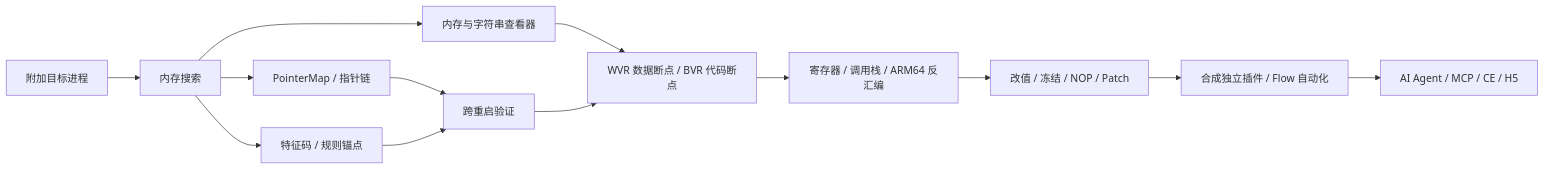
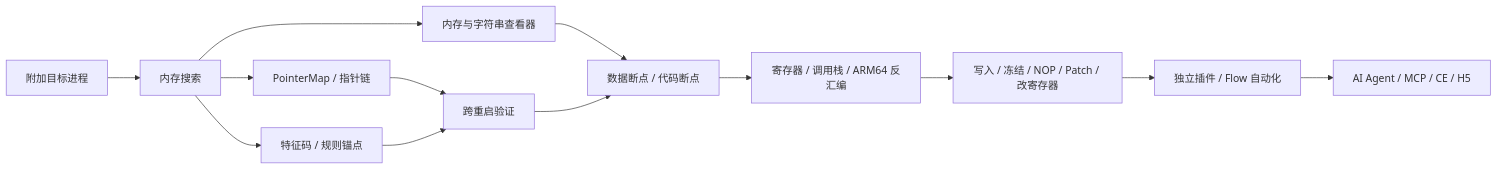
The diagram in README_CN.md (susu123oss/MemoryToolkit-Release), drawn with Mermaid before and after one commit. The commit also changed other lines of this file and 1 other file, not shown here.

````diff
--- a/README_CN.md
+++ b/README_CN.md
@@ -110,15 +160,15 @@
 ```mermaid
 flowchart LR
     A["附加目标进程"] --> B["内存搜索"]
     B --> C1["PointerMap / 指针链"]
     B --> C2["特征码 / 规则锚点"]
     B --> D["内存与字符串查看器"]
     C1 --> E["跨重启验证"]
     C2 --> E
-    D --> F["WVR 数据断点 / BVR 代码断点"]
+    D --> F["数据断点 / 代码断点"]
     E --> F
     F --> G["寄存器 / 调用栈 / ARM64 反汇编"]
-    G --> H["改值 / 冻结 / NOP / Patch"]
-    H --> I["合成独立插件 / Flow 自动化"]
+    G --> H["写入 / 冻结 / NOP / Patch / 改寄存器"]
+    H --> I["独立插件 / Flow 自动化"]
     I --> J["AI Agent / MCP / CE / H5"]
 ```
````
